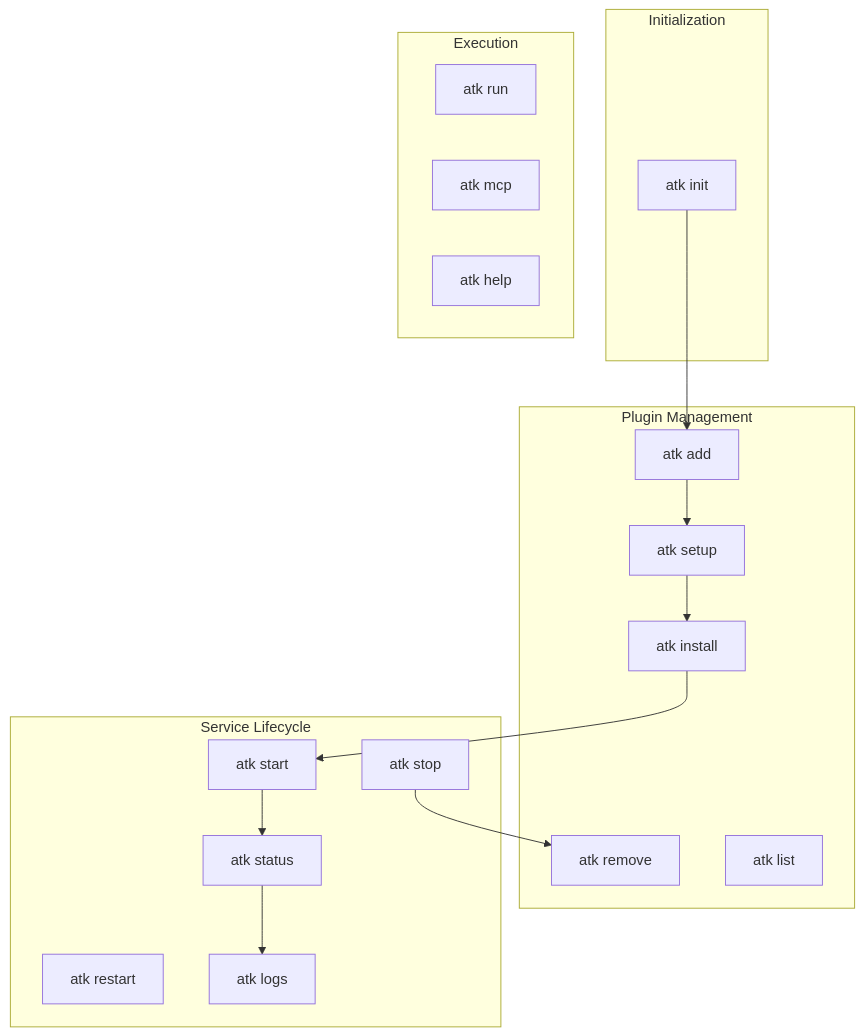
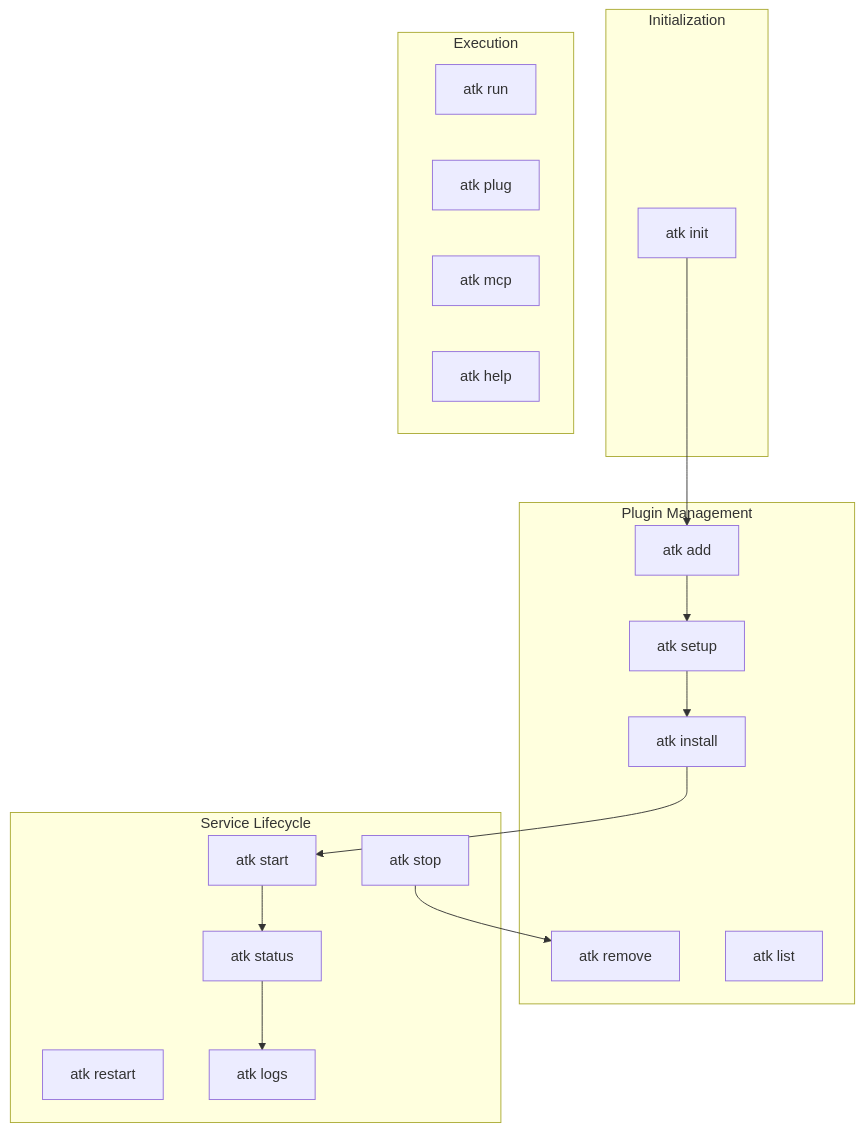
Before and after one commit to Svtoo/atk: the diagram in docs/specs/commands-spec.md, drawn with Mermaid. The commit also changed other lines of this file and 5 other files, not shown here.

First line of the commit message:
Add atk plug/unplug spec for unified agent wiring (Phase 9)

````diff
--- a/docs/specs/commands-spec.md
+++ b/docs/specs/commands-spec.md
@@ -38,36 +38,37 @@
 ```mermaid
 flowchart TB
     subgraph Init["Initialization"]
         init[atk init]
     end
 
     subgraph Manage["Plugin Management"]
         add[atk add]
         setup[atk setup]
         install[atk install]
         remove[atk remove]
         list[atk list]
     end
 
     subgraph Lifecycle["Service Lifecycle"]
         start[atk start]
         stop[atk stop]
         restart[atk restart]
         status[atk status]
         logs[atk logs]
     end
 
     subgraph Execute["Execution"]
         run[atk run]
+        plug[atk plug]
         mcp[atk mcp]
         help[atk help]
     end
 
     init --> add
     add --> setup
     setup --> install
     install --> start
     start --> status
     status --> logs
     stop --> remove
 ```
````
